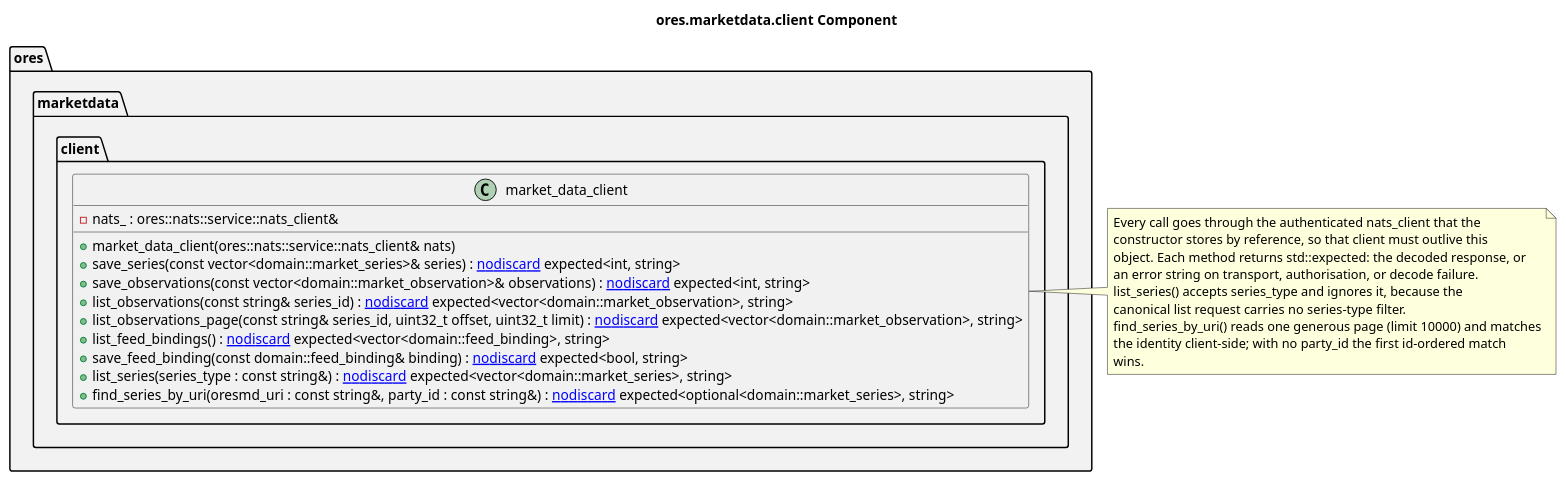
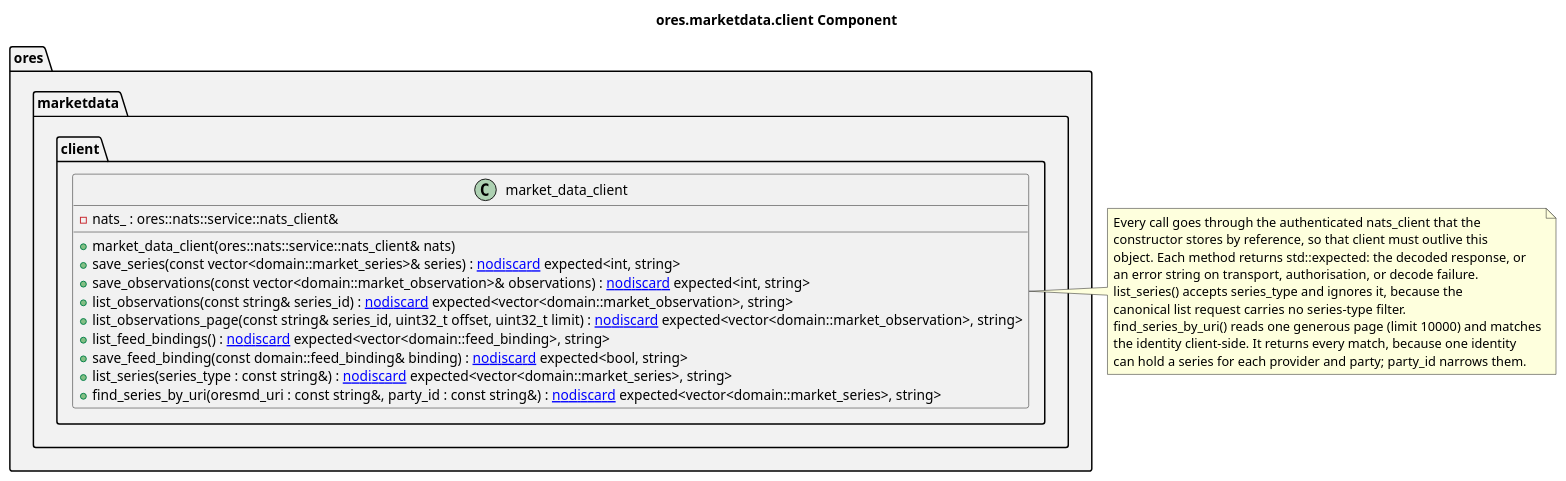
Before and after one commit to OreStudio/OreStudio: the diagram in projects/ores.marketdata/client/modeling/ores.marketdata.client.puml, drawn with PlantUML. The commit also changed 2 other files, not shown here.

```diff
--- a/projects/ores.marketdata/client/modeling/ores.marketdata.client.puml
+++ b/projects/ores.marketdata/client/modeling/ores.marketdata.client.puml
@@ -18,58 +18,58 @@
 @startuml
 
 title ores.marketdata.client Component
 
 set namespaceSeparator ::
 
 namespace ores #F2F2F2 {
     namespace marketdata #F2F2F2 {
         namespace client #F2F2F2 {
             class market_data_client {
                 -nats_ : ores::nats::service::nats_client&
                 +market_data_client(ores::nats::service::nats_client& nats)
                 +save_series(const vector<domain::market_series>& series) : [[nodiscard]] expected<int, string>
                 +save_observations(const vector<domain::market_observation>& observations) : [[nodiscard]] expected<int, string>
                 +list_observations(const string& series_id) : [[nodiscard]] expected<vector<domain::market_observation>, string>
                 +list_observations_page(const string& series_id, uint32_t offset, uint32_t limit) : [[nodiscard]] expected<vector<domain::market_observation>, string>
                 +list_feed_bindings() : [[nodiscard]] expected<vector<domain::feed_binding>, string>
                 +save_feed_binding(const domain::feed_binding& binding) : [[nodiscard]] expected<bool, string>
             }
         }
     }
 }
 
 ' --- manual: everything below this line is hand-authored; the script preserves it ---
 
 ' Relationships the automated pass cannot see.
 '
 ' The generator emits a box per class with its members and no edges, so every
 ' line below is read from the code rather than derived from it. A data member
 ' is ownership (*--); a type that appears only in a signature is a dependency
 ' (..>). Types from another component are left out, per the class-diagram
 ' conventions.
 
 ' No component-local edges: this part names only its own types and types from other components.
 
 ' The parser drops a declaration whose parameter default carries braces. Both
 ' public methods below have one, so the generated box omits them.
 
 class ores::marketdata::client::market_data_client {
     +list_series(series_type : const string&) : [[nodiscard]] expected<vector<domain::market_series>, string>
-    +find_series_by_uri(oresmd_uri : const string&, party_id : const string&) : [[nodiscard]] expected<optional<domain::market_series>, string>
+    +find_series_by_uri(oresmd_uri : const string&, party_id : const string&) : [[nodiscard]] expected<vector<domain::market_series>, string>
 }
 note right of "ores::marketdata::client::market_data_client"
 Every call goes through the authenticated nats_client that the
 constructor stores by reference, so that client must outlive this
 object. Each method returns std::expected: the decoded response, or
 an error string on transport, authorisation, or decode failure.
 list_series() accepts series_type and ignores it, because the
 canonical list request carries no series-type filter.
 find_series_by_uri() reads one generous page (limit 10000) and matches
-the identity client-side; with no party_id the first id-ordered match
-wins.
+the identity client-side. It returns every match, because one identity
+can hold a series for each provider and party; party_id narrows them.
 end note
 
 ' Local Variables:
 ' compile-command: "java -Djava.awt.headless=true -DPLANTUML_SECURITY_PROFILE=UNSECURE -DPLANTUML_LIMIT_SIZE=65535 -jar /usr/share/plantuml/plantuml.jar ores.marketdata.client.puml"
 ' End:
 @enduml
```
